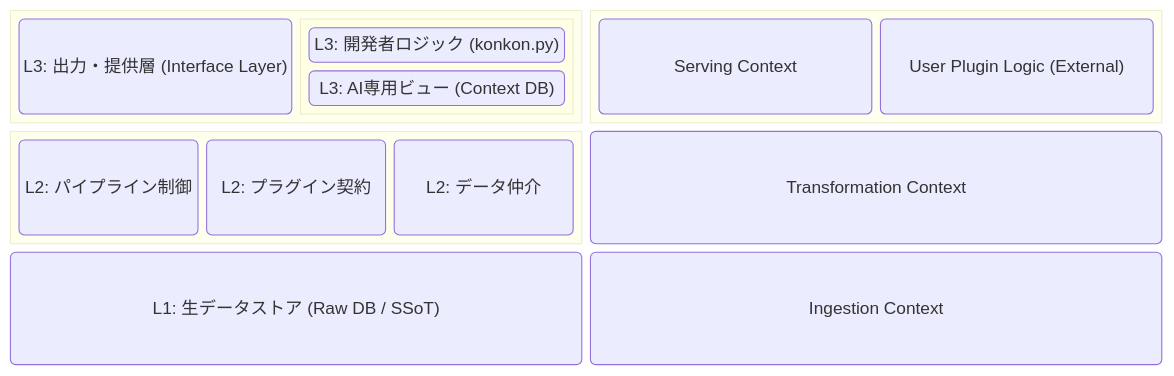
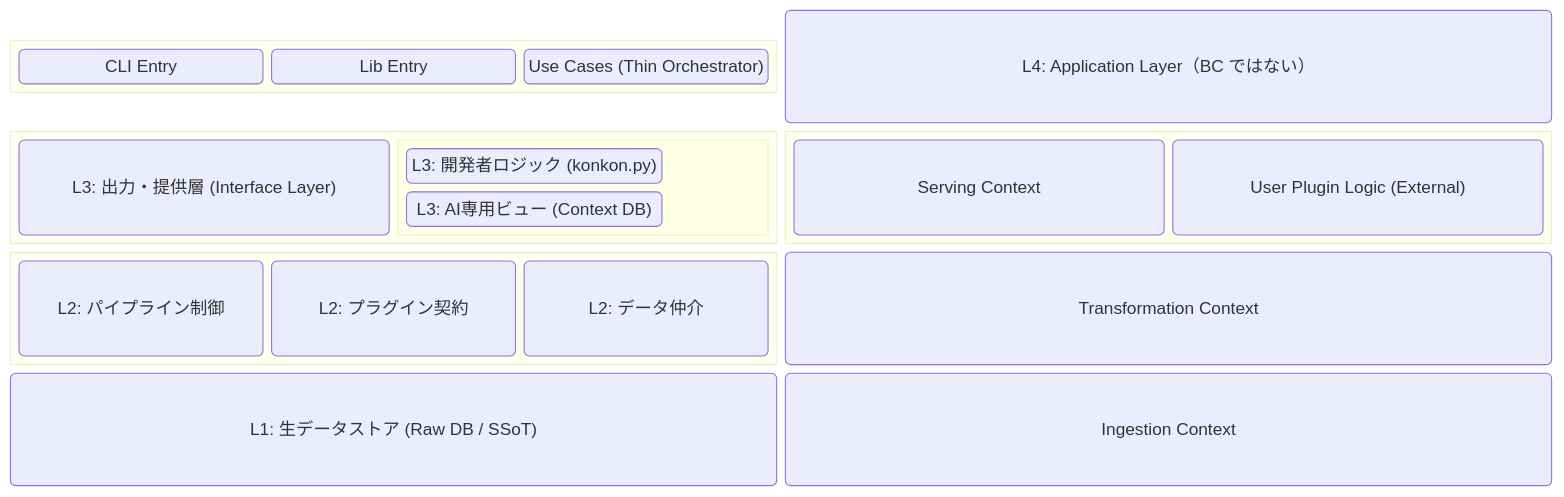
The second of 2 diagrams in docs/design/01_conceptual_architecture.md (mkXultra/konkondb), drawn with Mermaid before and after one commit. The commit also changed other lines of this file and 3 other files, not shown here.

````diff
--- a/docs/design/01_conceptual_architecture.md
+++ b/docs/design/01_conceptual_architecture.md
@@ -223,35 +273,45 @@
 ```mermaid
 block-beta
   columns 2
-  
+
+  %% --- L4 行 (Application Layer) ---
+  block:L4_Physical
+    columns 3
+    CLI("CLI Entry")
+    LibEntry("Lib Entry")
+    UseCases("Use Cases (Thin Orchestrator)")
+  end
+
+  L4_Label("L4: Application Layer（BC ではない）")
+
   %% --- L3 行 ---
   block:L3_Physical
     columns 2
     Serving("L3: 出力・提供層 (Interface Layer)")
     block:L3_User
       columns 1
       UserPlugin("L3: 開発者ロジック (konkon.py)")
       ContextStore("L3: AI専用ビュー (Context DB)")
     end
   end
-  
+
   block:L3_Logical
     columns 2
     BC_Serving("Serving Context")
     BC_User("User Plugin Logic (External)")
   end
-  
+
   %% --- L2 行 ---
   block:L2_Physical
     columns 3
     Orchestrator("L2: パイプライン制御")
     Contract("L2: プラグイン契約")
     Accessor("L2: データ仲介")
   end
-  
+
   BC_Trans("Transformation Context")
-  
+
   %% --- L1 行 ---
   Ingestion("L1: 生データストア (Raw DB / SSoT)")
   BC_Ingest("Ingestion Context")
 ```
````
